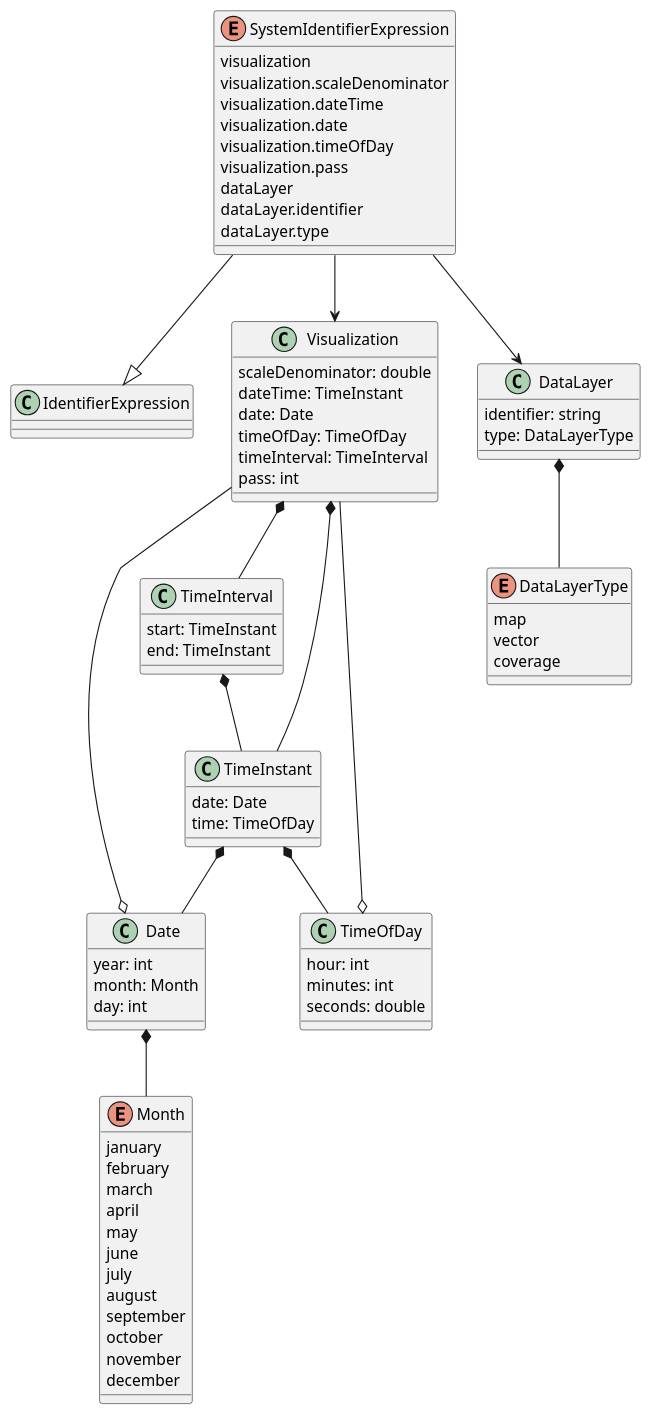
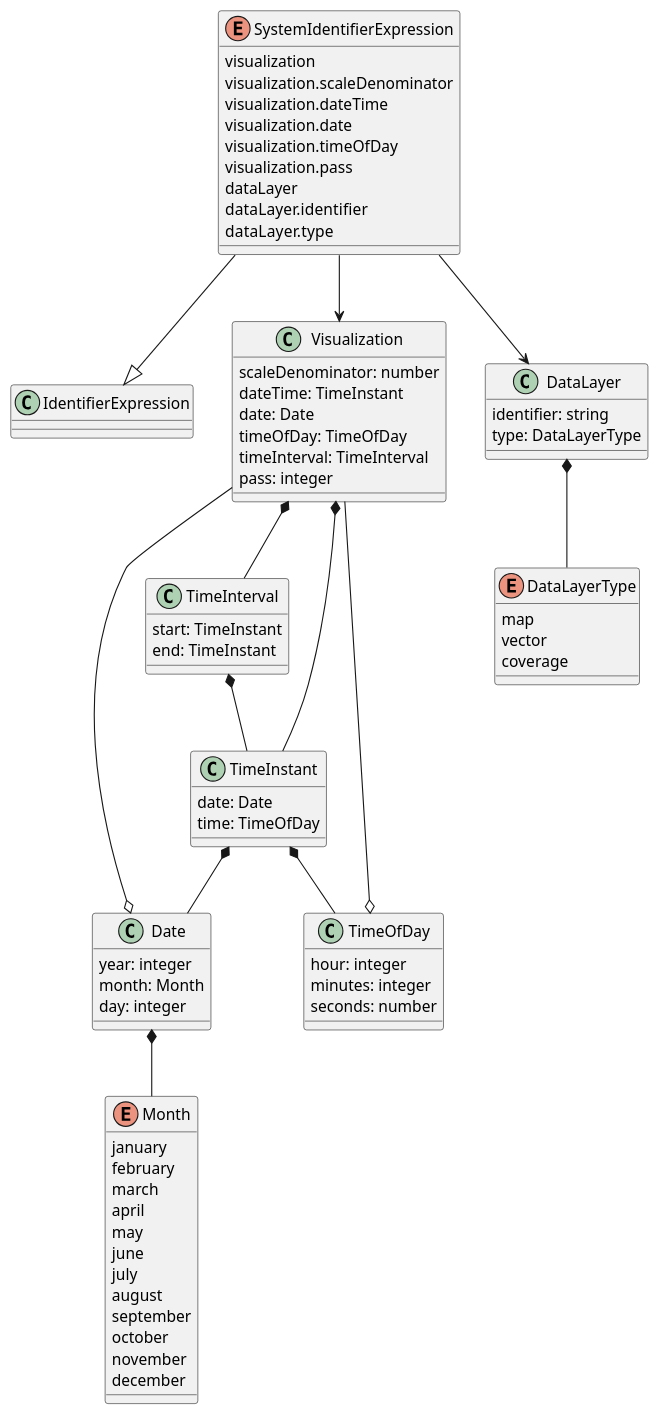
Before and after one commit to opengeospatial/cartographic-symbology: the third of 6 diagrams in 1-core/sections/clause_7_core.adoc, drawn with PlantUML. The commit also changed other lines of this file and 16 other files, not shown here.

First line of the commit message:
Use string, number, integer and boolean as data types in Part 1

```diff
--- a/1-core/sections/clause_7_core.adoc
+++ b/1-core/sections/clause_7_core.adoc
@@ -393,74 +393,74 @@
 [plantuml, target=diagram-classes, format=png]
 ....
 @startuml
 enum SystemIdentifierExpression
 SystemIdentifierExpression --|> IdentifierExpression
 SystemIdentifierExpression : visualization
 SystemIdentifierExpression : visualization.scaleDenominator
 SystemIdentifierExpression : visualization.dateTime
 SystemIdentifierExpression : visualization.date
 SystemIdentifierExpression : visualization.timeOfDay
 SystemIdentifierExpression : visualization.pass
 SystemIdentifierExpression : dataLayer
 SystemIdentifierExpression : dataLayer.identifier
 SystemIdentifierExpression : dataLayer.type
 SystemIdentifierExpression --> Visualization
 SystemIdentifierExpression --> DataLayer
 
-Visualization : scaleDenominator: double
+Visualization : scaleDenominator: number
 Visualization : dateTime: TimeInstant
 Visualization : date: Date
 Visualization : timeOfDay: TimeOfDay
 Visualization : timeInterval: TimeInterval
-Visualization : pass: int
+Visualization : pass: integer
 Visualization *-- TimeInstant
 Visualization *-- TimeInterval
 Visualization --o Date
 Visualization --o TimeOfDay
 
 class DataLayer
 DataLayer : identifier: string
 DataLayer : type: DataLayerType
 DataLayer *-- DataLayerType
 
 enum DataLayerType
 DataLayerType : map
 DataLayerType : vector
 DataLayerType : coverage
 
 class TimeInstant
 TimeInstant : date: Date
 TimeInstant : time: TimeOfDay
 TimeInstant *-- Date
 TimeInstant *-- TimeOfDay
 
 TimeInterval : start: TimeInstant
 TimeInterval : end: TimeInstant
 TimeInterval *-- TimeInstant
 
 class Date
-Date : year: int
+Date : year: integer
 Date : month: Month
-Date : day: int
+Date : day: integer
 Date *-- Month
 
 class TimeOfDay
-TimeOfDay : hour: int
-TimeOfDay : minutes: int
-TimeOfDay : seconds: double
+TimeOfDay : hour: integer
+TimeOfDay : minutes: integer
+TimeOfDay : seconds: number
 
 enum Month
 Month : january
 Month : february
 Month : march
 Month : april
 Month : may
 Month : june
 Month : july
 Month : august
 Month : september
 Month : october
 Month : november
 Month : december
 @enduml
 ....
```
